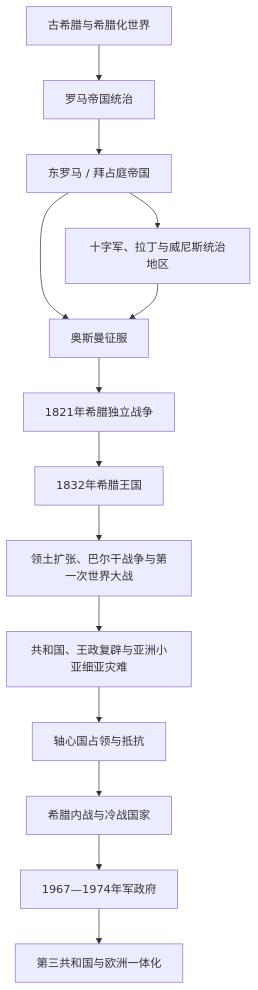
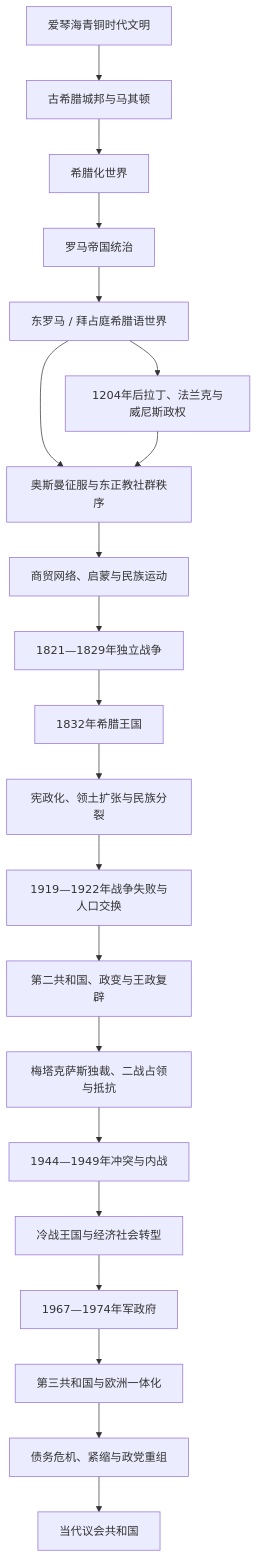
The diagram in 人文科学/历史/欧洲/东南欧与巴尔干/希腊.md (tianlan-dev/learning-notes), drawn with Mermaid before and after one commit. The commit also changed other lines of this file and 1417 other files, not shown here.

````diff
--- a/人文科学/历史/欧洲/东南欧与巴尔干/希腊.md
+++ b/人文科学/历史/欧洲/东南欧与巴尔干/希腊.md
@@ -13,16 +15,23 @@
 ```mermaid
 flowchart TD
-    Ancient["古希腊与希腊化世界"] --> Roman["罗马帝国统治"]
-    Roman --> Byzantine["东罗马 / 拜占庭帝国"]
-    Byzantine --> Latin["十字军、拉丁与威尼斯统治地区"]
-    Byzantine --> Ottoman["奥斯曼征服"]
+    Bronze["爱琴海青铜时代文明"] --> Polis["古希腊城邦与马其顿"]
+    Polis --> Hellenistic["希腊化世界"]
+    Hellenistic --> Roman["罗马帝国统治"]
+    Roman --> Byzantine["东罗马 / 拜占庭希腊语世界"]
+    Byzantine --> Latin["1204年后拉丁、法兰克与威尼斯政权"]
+    Byzantine --> Ottoman["奥斯曼征服与东正教社群秩序"]
     Latin --> Ottoman
-    Ottoman --> Revolution["1821年希腊独立战争"]
+    Ottoman --> Revival["商贸网络、启蒙与民族运动"]
+    Revival --> Revolution["1821—1829年独立战争"]
     Revolution --> Kingdom["1832年希腊王国"]
-    Kingdom --> Expansion["领土扩张、巴尔干战争与第一次世界大战"]
-    Expansion --> RepublicMonarchy["共和国、王政复辟与亚洲小亚细亚灾难"]
-    RepublicMonarchy --> WWII["轴心国占领与抵抗"]
-    WWII --> CivilWar["希腊内战与冷战国家"]
-    CivilWar --> Junta["1967—1974年军政府"]
-    Junta --> Republic["第三共和国与欧洲一体化"]
+    Kingdom --> Expansion["宪政化、领土扩张与民族分裂"]
+    Expansion --> Catastrophe["1919—1922年战争失败与人口交换"]
+    Catastrophe --> SecondRepublic["第二共和国、政变与王政复辟"]
+    SecondRepublic --> Occupation["梅塔克萨斯独裁、二战占领与抵抗"]
+    Occupation --> CivilWar["1944—1949年冲突与内战"]
+    CivilWar --> Postwar["冷战王国与经济社会转型"]
+    Postwar --> Junta["1967—1974年军政府"]
+    Junta --> ThirdRepublic["第三共和国与欧洲一体化"]
+    ThirdRepublic --> DebtCrisis["债务危机、紧缩与政党重组"]
+    DebtCrisis --> Contemporary["当代议会共和国"]
 ```
````
